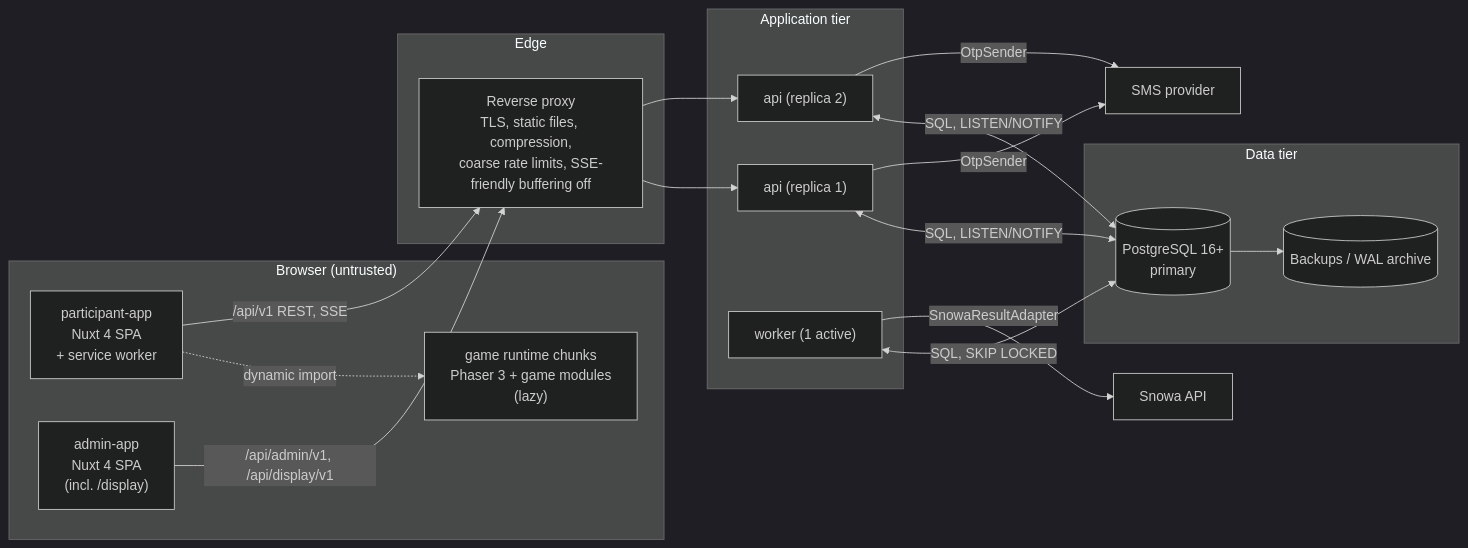
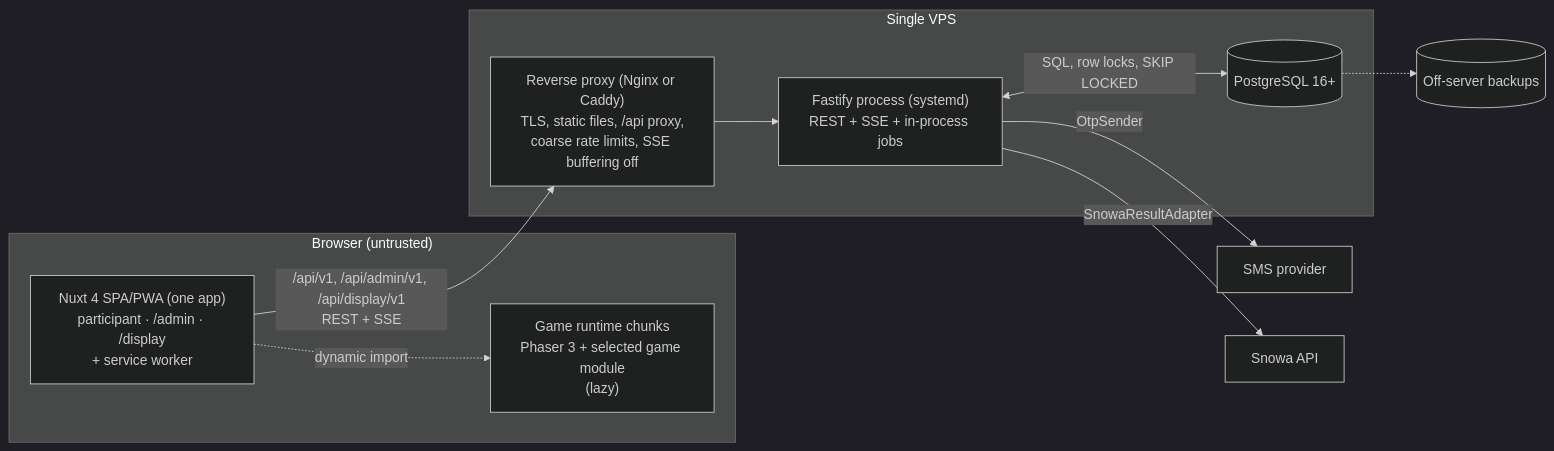
The first of 2 diagrams in docs/01-architecture/02-containers-and-components.md (osameh15/Snowa-Exhibition-Game), drawn with Mermaid (dark theme) before and after one commit. The commit also changed other lines of this file and 61 other files, not shown here.

First line of the commit message:
docs: right-size secure exhibition architecture

````diff
--- a/docs/01-architecture/02-containers-and-components.md
+++ b/docs/01-architecture/02-containers-and-components.md
@@ -5,33 +7,21 @@
 ```mermaid
 flowchart LR
   subgraph Browser["Browser (untrusted)"]
-    PWA["participant-app<br/>Nuxt 4 SPA<br/>+ service worker"]
-    GR["game runtime chunks<br/>Phaser 3 + game modules<br/>(lazy)"]
-    ADMAPP["admin-app<br/>Nuxt 4 SPA<br/>(incl. /display)"]
-    PWA -. dynamic import .-> GR
+    WEB["Nuxt 4 SPA/PWA (one app)<br/>participant · /admin · /display<br/>+ service worker"]
+    GR["Game runtime chunks<br/>Phaser 3 + selected game module<br/>(lazy)"]
+    WEB -. dynamic import .-> GR
   end
 
-  subgraph Edge["Edge"]
-    RP["Reverse proxy<br/>TLS, static files, compression,<br/>coarse rate limits, SSE-friendly buffering off"]
+  subgraph VPS["Single VPS"]
+    RP["Reverse proxy (Nginx or Caddy)<br/>TLS, static files, /api proxy,<br/>coarse rate limits, SSE buffering off"]
+    API["Fastify process (systemd)<br/>REST + SSE + in-process jobs"]
+    PG[("PostgreSQL 16+")]
   end
 
-  subgraph App["Application tier"]
-    API1["api (replica 1)"]
-    API2["api (replica 2)"]
-    WRK["worker (1 active)"]
-  end
-
-  subgraph Data["Data tier"]
-    PG[("PostgreSQL 16+<br/>primary")]
-    BK[("Backups / WAL archive")]
-  end
-
-  PWA -->|/api/v1 REST, SSE| RP
-  ADMAPP -->|/api/admin/v1, /api/display/v1| RP
-  RP --> API1 & API2
-  API1 & API2 <-->|SQL, LISTEN/NOTIFY| PG
-  WRK <-->|SQL, SKIP LOCKED| PG
-  PG --> BK
-  API1 & API2 -->|OtpSender| SMS["SMS provider"]
-  WRK -->|SnowaResultAdapter| EXT["Snowa API"]
+  WEB -->|"/api/v1, /api/admin/v1, /api/display/v1<br/>REST + SSE"| RP
+  RP --> API
+  API <-->|SQL, row locks, SKIP LOCKED| PG
+  API -->|OtpSender| SMS["SMS provider"]
+  API -->|SnowaResultAdapter| EXT["Snowa API"]
+  PG -.-> BK[("Off-server backups")]
 ```
````
